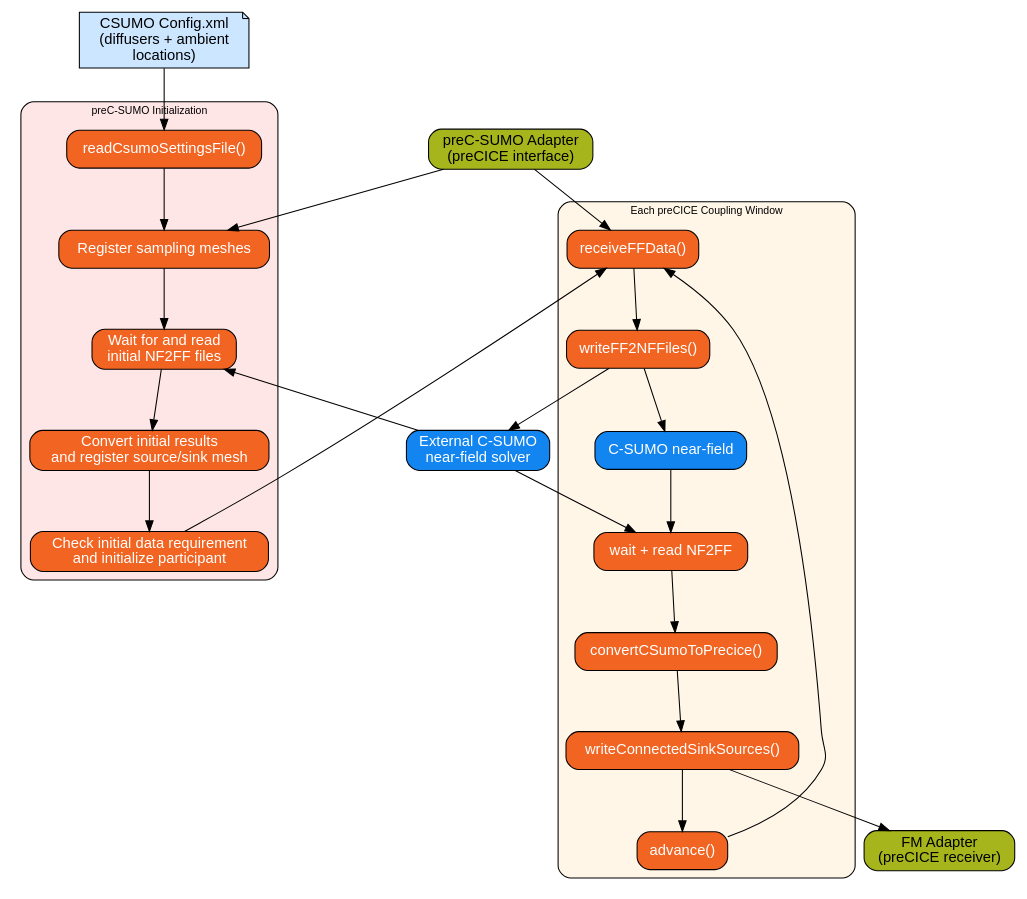
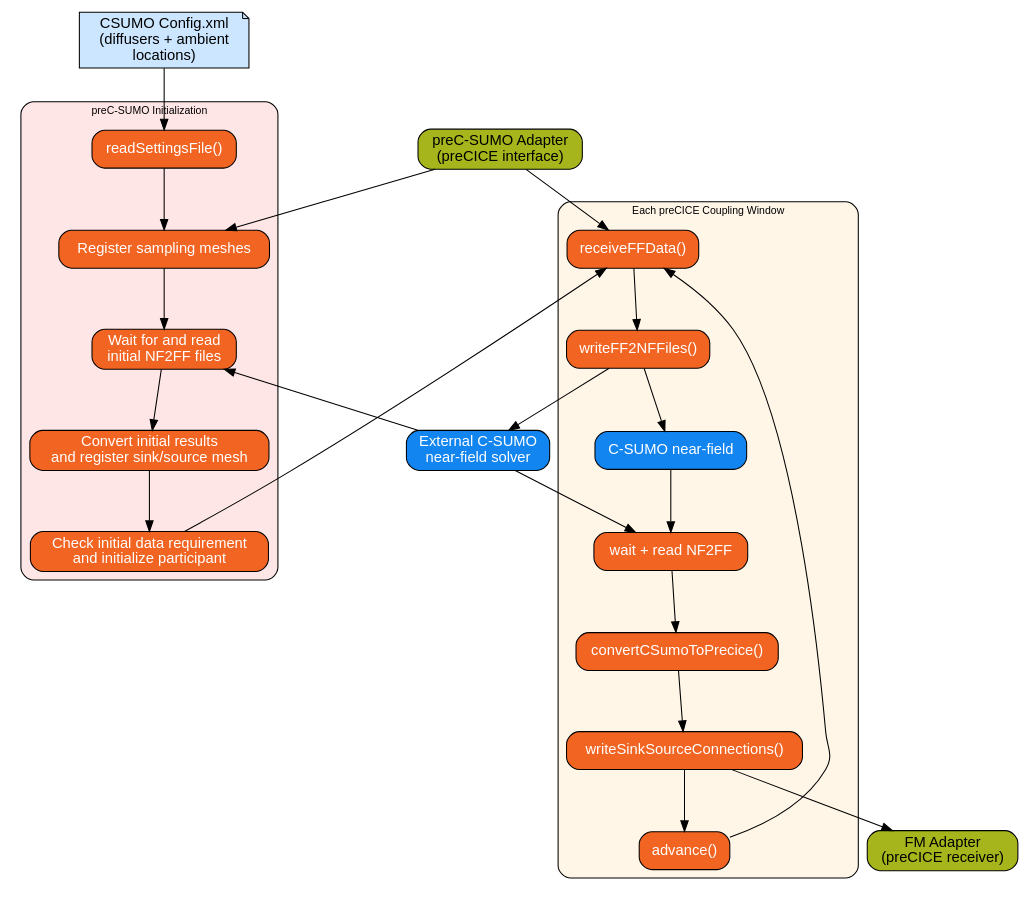
Before and after one commit to Deltares/Delft3D: the diagram in src/tools_gpl/pre_c_sumo/docs/include/preC_SUMO_Core_Workflow.dot, drawn with Graphviz. The commit also changed 66 other files, not shown here.

```diff
--- a/src/tools_gpl/pre_c_sumo/docs/include/preC_SUMO_Core_Workflow.dot
+++ b/src/tools_gpl/pre_c_sumo/docs/include/preC_SUMO_Core_Workflow.dot
@@ -1,97 +1,97 @@
 // Detailed workflow of preC-SUMO initialization and coupling windows
 
 digraph preCSUMOWorkflow {
 
   rankdir=TB;
   splines=true;
   nodesep=0.6;
   ranksep=0.8;
   fontname="Helvetica";
   fontsize=10;
 
   node [shape=box, style=rounded, fontname="Helvetica"];
   edge [fontname="Helvetica", fontsize=9];
 
   /* -------------------------
      Input Sources
   --------------------------*/
   CSUMOConfig [label="CSUMO Config.xml\n(diffusers + ambient\nlocations)", shape=note, fillcolor="#CCE6FF", style=filled];
   ProC_Adapter [label="preC-SUMO Adapter\n(preCICE interface)", shape=box, fillcolor="#A5B51B", style="rounded,filled"];
 
   /* -------------------------
      Initialization
   --------------------------*/
   subgraph cluster_workflow {
     label="preC-SUMO Initialization";
     style="rounded,filled";
     fillcolor="#FFE6E6";
 
-    task1 [label="readCsumoSettingsFile()", shape=box, fillcolor="#F26422", fontcolor="white", style="rounded,filled", URL="\\ref pre_c_sumo_read_csumo_settings_file", tooltip="Open readCsumoSettingsFile docs"];
+    task1 [label="readSettingsFile()", shape=box, fillcolor="#F26422", fontcolor="white", style="rounded,filled", URL="\\ref pre_c_sumo_read_csumo_settings_file", tooltip="Open readSettingsFile docs"];
 
     task2 [label="Register sampling meshes", shape=box, fillcolor="#F26422", fontcolor="white", style="rounded,filled"];
 
     task3 [label="Wait for and read\ninitial NF2FF files", shape=box, fillcolor="#F26422", fontcolor="white", style="rounded,filled", URL="\\ref pre_c_sumo_read_nf2ff", tooltip="Read initial NF2FF data before participant initialization"];
 
-    task4 [label="Convert initial results\nand register source/sink mesh", shape=box, fillcolor="#F26422", fontcolor="white", style="rounded,filled", URL="\\ref pre_c_sumo_convert_nf_to_connected_sink_sources", tooltip="Determine initial source/sink mesh from NF2FF data"];
+    task4 [label="Convert initial results\nand register sink/source mesh", shape=box, fillcolor="#F26422", fontcolor="white", style="rounded,filled", URL="\\ref pre_c_sumo_convert_nf_to_sink_source_connections", tooltip="Determine initial sink/source mesh from NF2FF data"];
 
     task5 [label="Check initial data requirement\nand initialize participant", shape=box, fillcolor="#F26422", fontcolor="white", style="rounded,filled"];
 
     task1 -> task2;
     task2 -> task3;
     task3 -> task4;
     task4 -> task5;
   }
 
   /* -------------------------
      Coupling Window
   --------------------------*/
   subgraph cluster_coupling {
     label="Each preCICE Coupling Window";
     style="rounded,filled";
     fillcolor="#FFF6E8";
 
     task6 [label="receiveFFData()", shape=box, fillcolor="#F26422", fontcolor="white", style="rounded,filled", URL="\\ref pre_c_sumo_receive_ff_data", tooltip="Open receiveFFData docs"];
 
     task7 [label="writeFF2NFFiles()", shape=box, fillcolor="#F26422", fontcolor="white", style="rounded,filled", URL="\\ref pre_c_sumo_write_ff2nf", tooltip="Open writeFF2NFFiles docs"];
 
     task8 [label="C-SUMO near-field", shape=box, fillcolor="#1285f0", fontcolor="white", style="rounded,filled", URL="\\ref pre_c_sumo_write_ff2nf", tooltip="FF2NF to NF2FF exchange"];
 
     task9 [label="wait + read NF2FF", shape=box, fillcolor="#F26422", fontcolor="white", style="rounded,filled", URL="\\ref pre_c_sumo_read_nf2ff", tooltip="Open NF2FF read docs"];
 
-    task10 [label="convertCSumoToPrecice()", shape=box, fillcolor="#F26422", fontcolor="white", style="rounded,filled", URL="\\ref pre_c_sumo_convert_nf_to_connected_sink_sources", tooltip="Open conversion docs"];
+    task10 [label="convertCSumoToPrecice()", shape=box, fillcolor="#F26422", fontcolor="white", style="rounded,filled", URL="\\ref pre_c_sumo_convert_nf_to_sink_source_connections", tooltip="Open conversion docs"];
 
-    task11 [label="writeConnectedSinkSources()", shape=box, fillcolor="#F26422", fontcolor="white", style="rounded,filled", URL="\\ref pre_c_sumo_connected_sink_sources_write_to_precice", tooltip="Open writeConnectedSinkSources docs"];
+    task11 [label="writeSinkSourceConnections()", shape=box, fillcolor="#F26422", fontcolor="white", style="rounded,filled", URL="\\ref pre_c_sumo_sink_source_connections_write_to_precice", tooltip="Open writeSinkSourceConnections docs"];
 
     task12 [label="advance()", shape=box, fillcolor="#F26422", fontcolor="white", style="rounded,filled"];
 
     task6 -> task7;
     task7 -> task8;
     task8 -> task9;
     task9 -> task10;
     task10 -> task11;
     task11 -> task12;
     task12 -> task6 [constraint=false];
   }
   task5 -> task6;
 
   /* -------------------------
      Output
   --------------------------*/
   FMAdapter [label="FM Adapter\n(preCICE receiver)", shape=box, fillcolor="#A5B51B", style="rounded,filled"];
 
   /* -------------------------
      Data Flow
   --------------------------*/
   CSUMOConfig -> task1;
   ProC_Adapter -> task2;
   ProC_Adapter -> task6;
   task11 -> FMAdapter;
   ExtCSUMO -> task3;
   ExtCSUMO -> task9;
 
   /* -------------------------
      External Coupling
   --------------------------*/
   ExtCSUMO [label="External C-SUMO\nnear-field solver", shape=box, fillcolor="#1285f0", fontcolor="white", style="rounded,filled"];
   task7 -> ExtCSUMO;
 }
```
